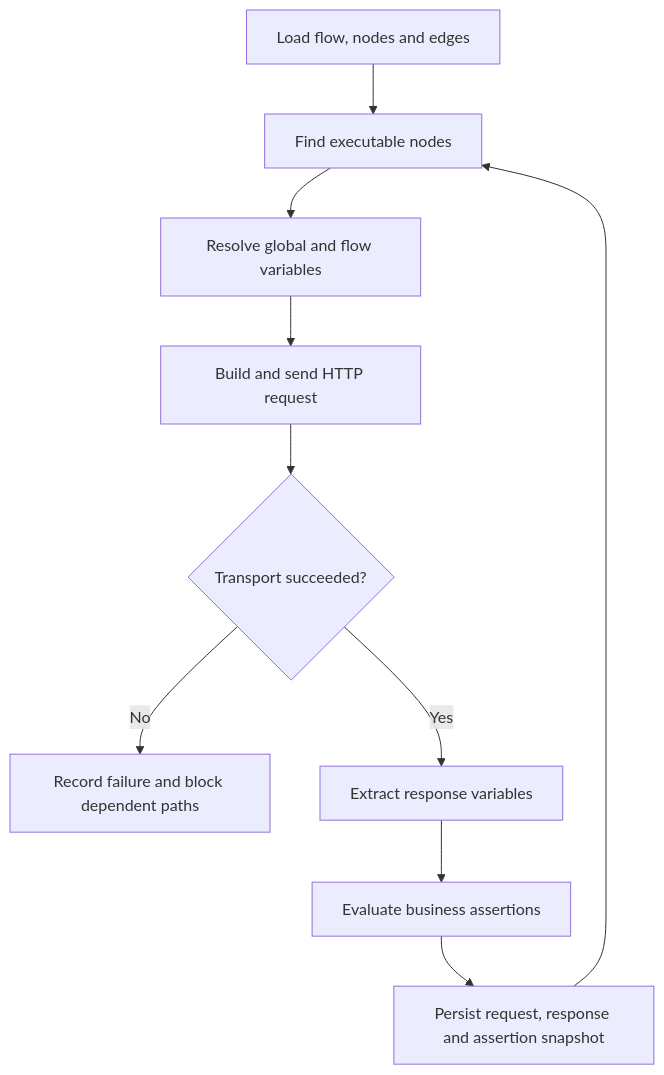
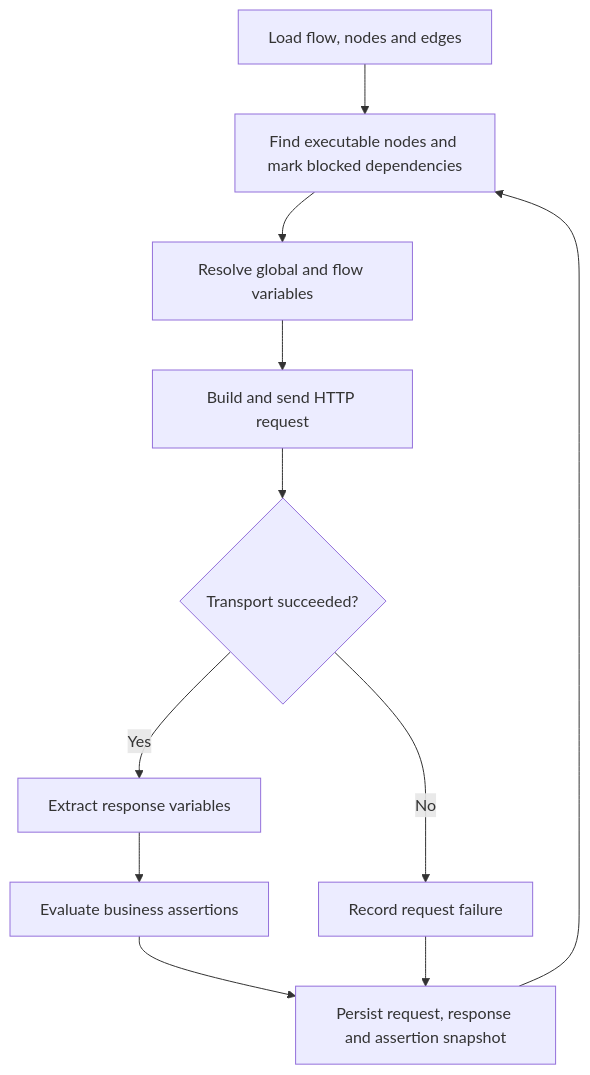
One commit to graham-gc/brick-platform-backend changed the second of 2 diagrams in README.md. Above: the diagram before and after it, drawn with Mermaid. The commit also changed other lines of this file and 3 other files, not shown here.

Commit message:
docs: document backend development and flow save contract

````diff
--- a/README.md
+++ b/README.md
@@ -90,12 +98,13 @@
 ```mermaid
 flowchart TD
-    LOAD["Load flow, nodes and edges"] --> READY["Find executable nodes"]
+    LOAD["Load flow, nodes and edges"] --> READY["Find executable nodes and mark blocked dependencies"]
     READY --> RESOLVE["Resolve global and flow variables"]
     RESOLVE --> REQUEST["Build and send HTTP request"]
     REQUEST --> TRANSPORT{"Transport succeeded?"}
-    TRANSPORT -->|No| BLOCK["Record failure and block dependent paths"]
+    TRANSPORT -->|No| FAILURE["Record request failure"]
     TRANSPORT -->|Yes| EXTRACT["Extract response variables"]
     EXTRACT --> ASSERT["Evaluate business assertions"]
     ASSERT --> SNAPSHOT["Persist request, response and assertion snapshot"]
+    FAILURE --> SNAPSHOT
     SNAPSHOT --> READY
 ```
````
